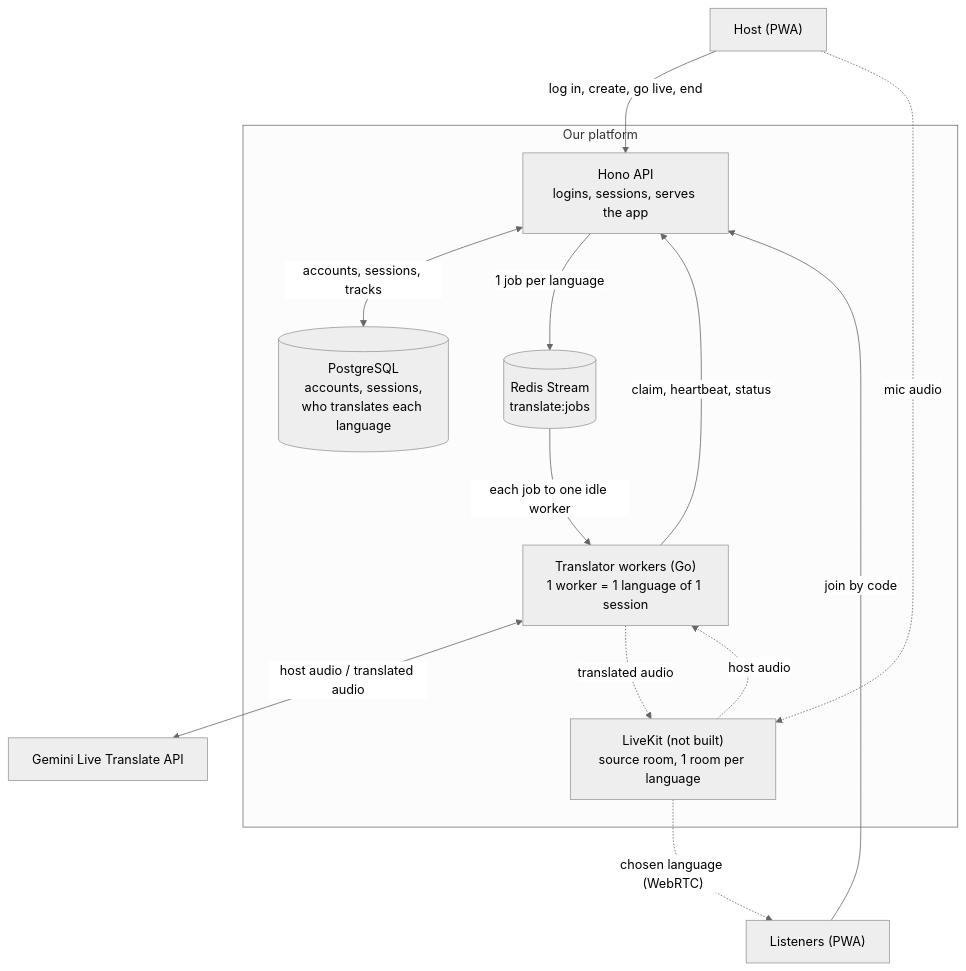
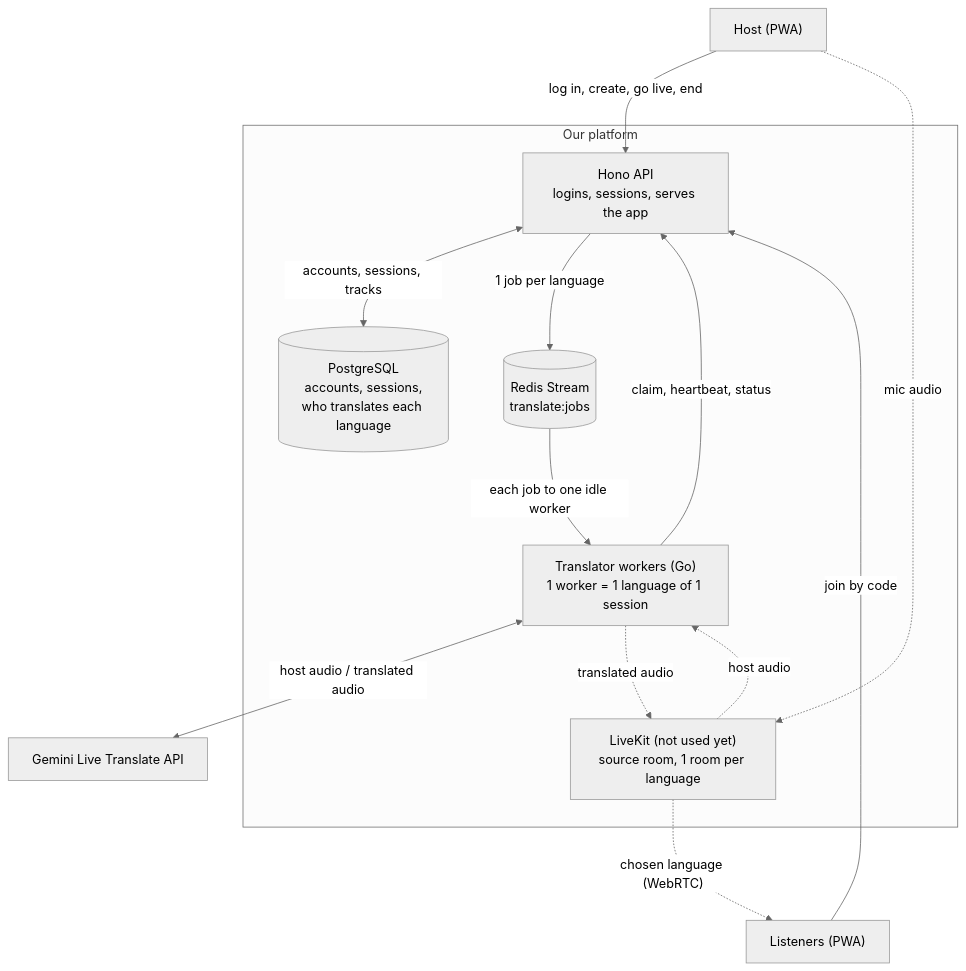
The first of 5 diagrams in docs/architecture.md (WH1TE-SHAD0W/ai-dubbing-studio), drawn with Mermaid (neutral theme) before and after one commit. The commit also changed other lines of this file and 5 other files, not shown here.

First line of the commit message:
docs: the LiveKit server runs in Compose, but nothing uses it yet

````diff
--- a/docs/architecture.md
+++ b/docs/architecture.md
@@ -37,28 +38,28 @@
 ```mermaid
 %%{init: {"flowchart": {"nodeSpacing": 70, "rankSpacing": 70}}}%%
 flowchart TB
   Host["Host (PWA)"]
   Listener["Listeners (PWA)"]
 
   subgraph Platform["Our platform"]
     API["Hono API<br/>logins, sessions, serves the app"]
     DB[("PostgreSQL<br/>accounts, sessions,<br/>who translates each language")]
     Q[("Redis Stream<br/>translate:jobs")]
     W["Translator workers (Go)<br/>1 worker = 1 language of 1 session"]
-    SFU["LiveKit (not built)<br/>source room, 1 room per language"]
+    SFU["LiveKit (not used yet)<br/>source room, 1 room per language"]
   end
 
   Gemini["Gemini Live Translate API"]
 
   Host -- "log in, create, go live, end" --> API
   Listener -- "join by code" --> API
   API <-- "accounts, sessions, tracks" --> DB
   API -- "1 job per language" --> Q
   Q -- "each job to one idle worker" --> W
   W -- "claim, heartbeat, status" --> API
   W <-- "host audio / translated audio" --> Gemini
   Host -. "mic audio" .-> SFU
   SFU -. "host audio" .-> W
   W -. "translated audio" .-> SFU
   SFU -. "chosen language (WebRTC)" .-> Listener
 ```
````
